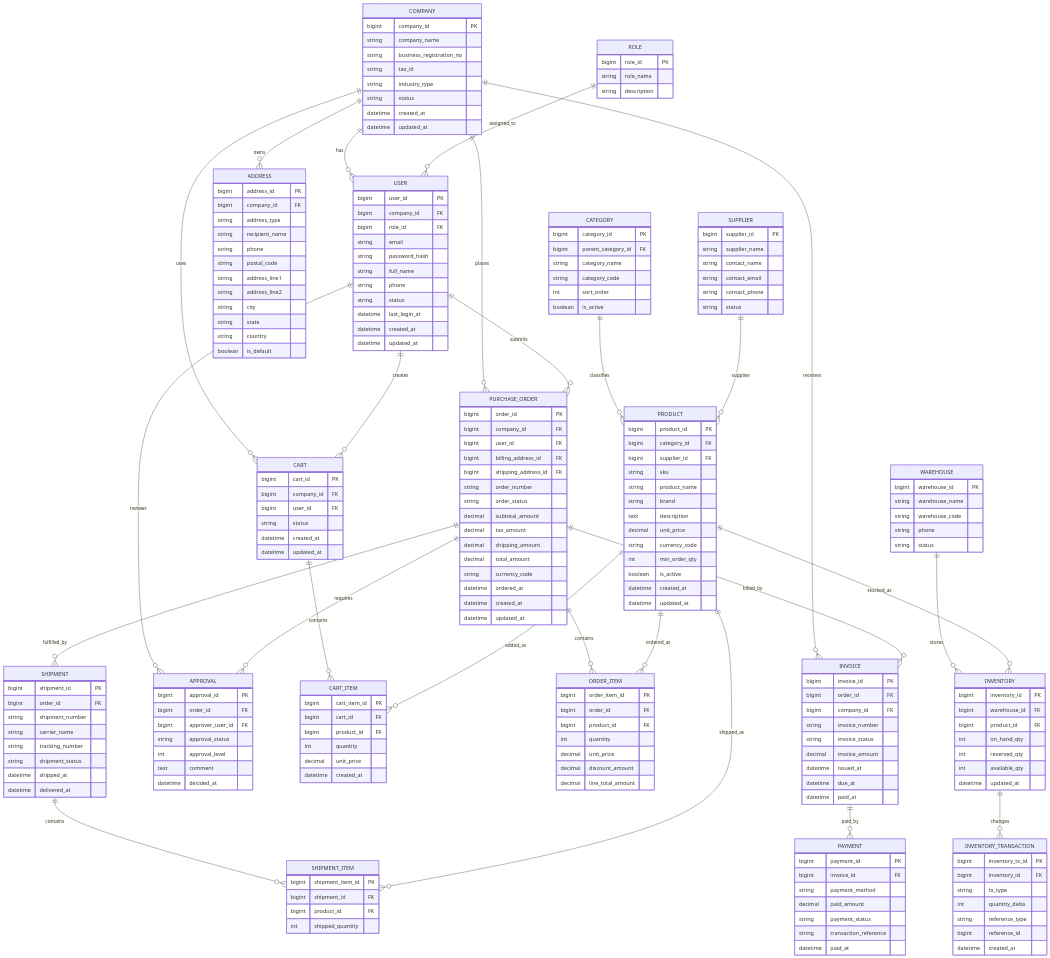
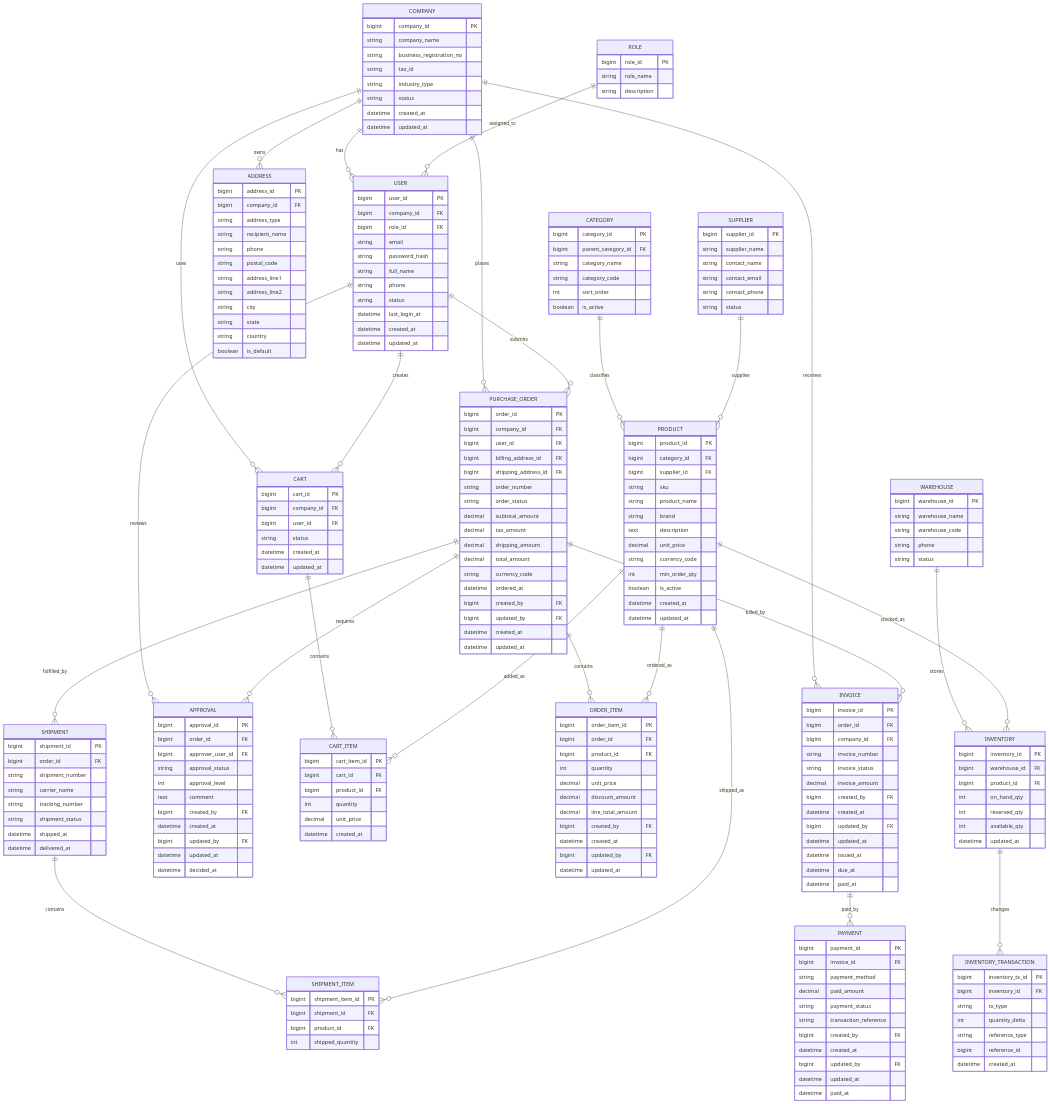
One commit to bobbo01/B2BPlatform changed the diagram in docs/erd.md. Above: the diagram before and after it, drawn with Mermaid. The commit also changed other lines of this file and 1 other file, not shown here.

Commit message:
docs: refine B2B ERD and schema

```diff
--- a/docs/erd.md
+++ b/docs/erd.md
@@ -166,6 +166,8 @@
         decimal total_amount
         string currency_code
         datetime ordered_at
+        bigint created_by FK
+        bigint updated_by FK
         datetime created_at
         datetime updated_at
     }
@@ -178,6 +180,10 @@
         decimal unit_price
         decimal discount_amount
         decimal line_total_amount
+        bigint created_by FK
+        datetime created_at
+        bigint updated_by FK
+        datetime updated_at
     }
 
     APPROVAL {
@@ -187,6 +193,10 @@
         string approval_status
         int approval_level
         text comment
+        bigint created_by FK
+        datetime created_at
+        bigint updated_by FK
+        datetime updated_at
         datetime decided_at
     }
 
@@ -215,6 +225,10 @@
         string invoice_number
         string invoice_status
         decimal invoice_amount
+        bigint created_by FK
+        datetime created_at
+        bigint updated_by FK
+        datetime updated_at
         datetime issued_at
         datetime due_at
         datetime paid_at
@@ -227,6 +241,10 @@
         decimal paid_amount
         string payment_status
         string transaction_reference
+        bigint created_by FK
+        datetime created_at
+        bigint updated_by FK
+        datetime updated_at
         datetime paid_at
     }
 
```
